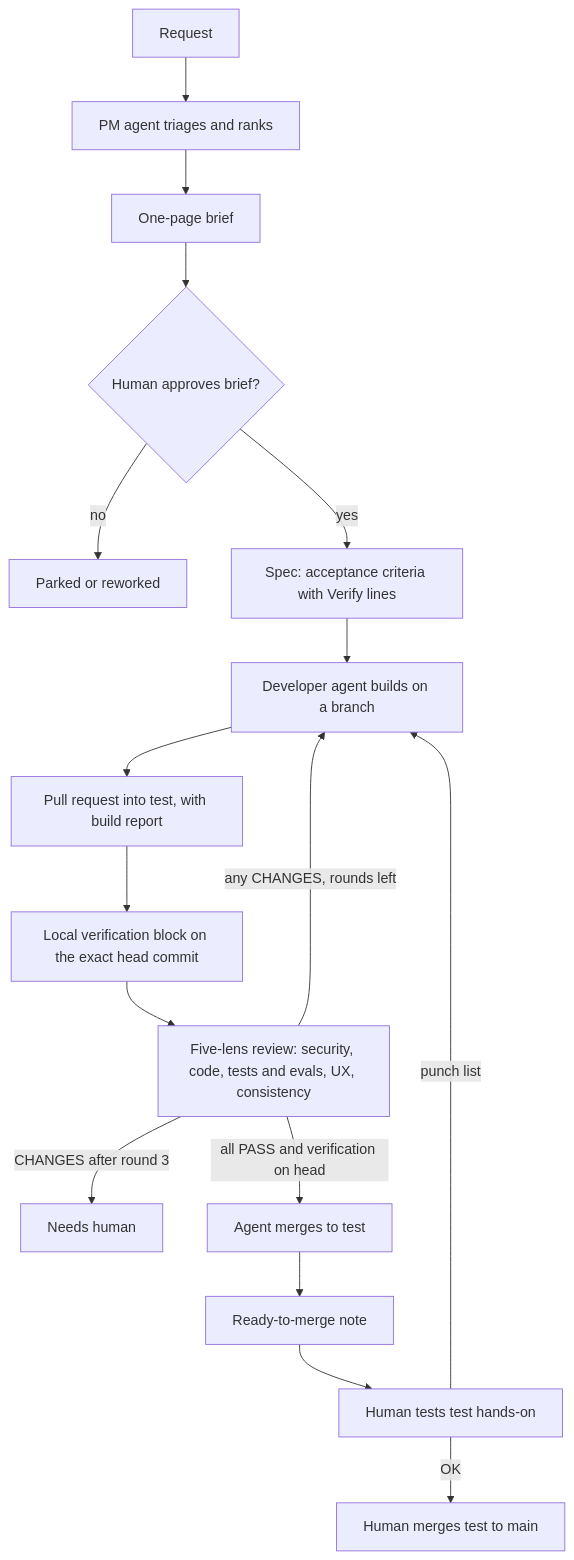
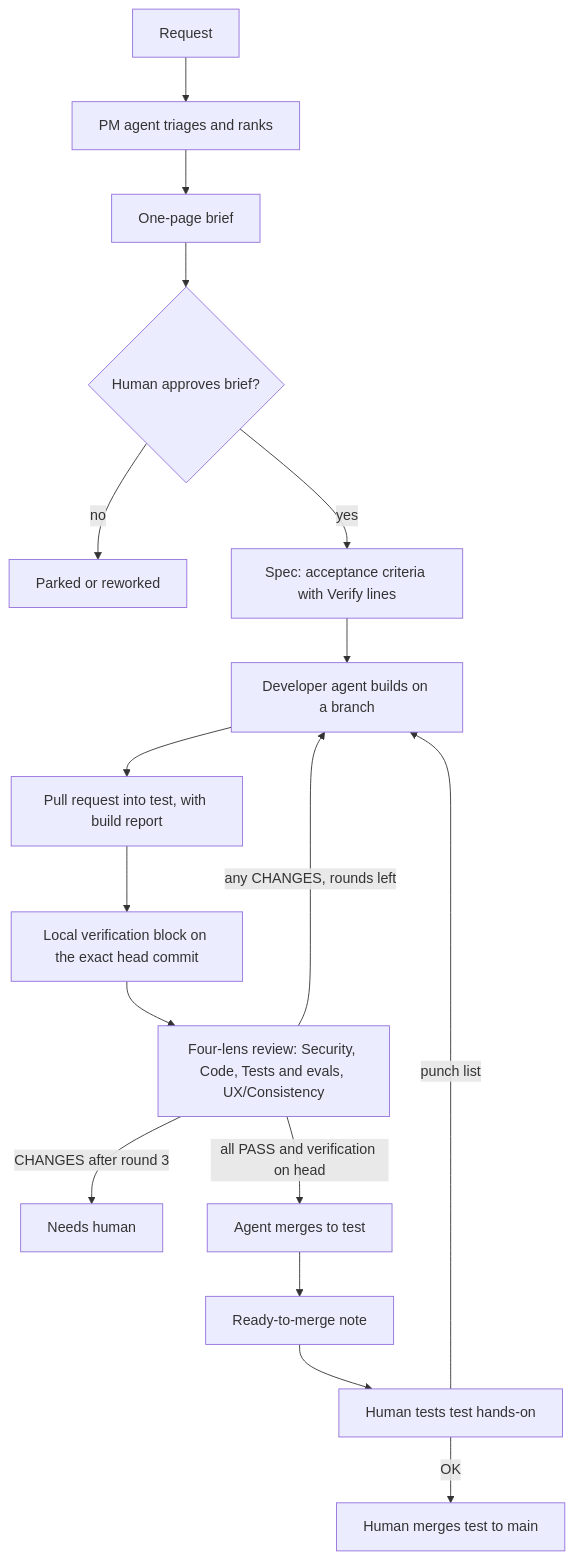
One commit to goldvalleysolutions/gvs-factory changed the diagram in docs/process.md. Above: the diagram before and after it, drawn with Mermaid. The commit also changed other lines of this file and 27 other files, not shown here.

First line of the commit message:
Embed four-lens gate (gate_version: four-v1) and advisory arbiter

````diff
--- a/docs/process.md
+++ b/docs/process.md
@@ -26,19 +26,19 @@
 ```mermaid
 flowchart TD
   A[Request] --> B[PM agent triages and ranks]
   B --> C[One-page brief]
   C --> D{Human approves brief?}
   D -- no --> P[Parked or reworked]
   D -- yes --> E[Spec: acceptance criteria with Verify lines]
   E --> F[Developer agent builds on a branch]
   F --> G[Pull request into test, with build report]
   G --> H[Local verification block on the exact head commit]
-  H --> I[Five-lens review: security, code, tests and evals, UX, consistency]
+  H --> I[Four-lens review: Security, Code, Tests and evals, UX/Consistency]
   I -- any CHANGES, rounds left --> F
   I -- CHANGES after round 3 --> N[Needs human]
   I -- all PASS and verification on head --> J[Agent merges to test]
   J --> K[Ready-to-merge note]
   K --> L[Human tests test hands-on]
   L -- punch list --> F
   L -- OK --> M[Human merges test to main]
 ```
````
